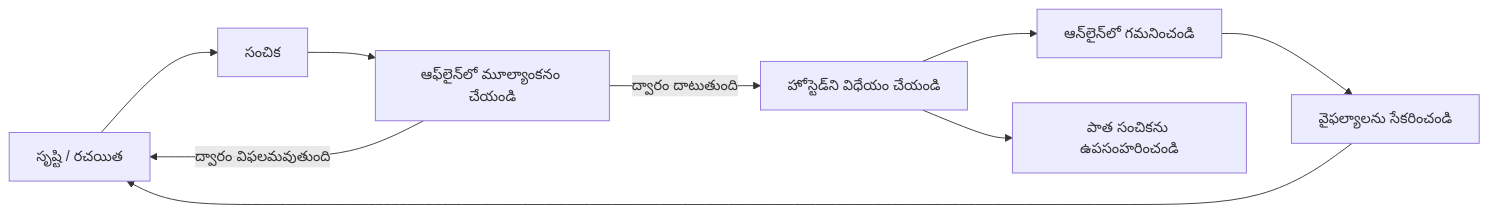
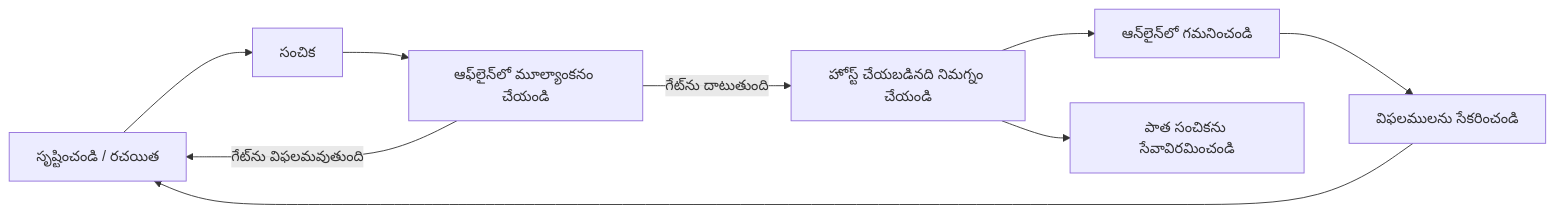
The second of 4 diagrams in mirrors/repos/microsoft@ai-agents-for-beginners/translations/te/16-deploying-scalable-agents/README.md (gabrielmoreira/agent-skills-mirror), drawn with Mermaid before and after one commit. The commit also changed other lines of this file and 4262 other files, not shown here.

````diff
--- a/mirrors/repos/microsoft@ai-agents-for-beginners/translations/te/16-deploying-scalable-agents/README.md
+++ b/mirrors/repos/microsoft@ai-agents-for-beginners/translations/te/16-deploying-scalable-agents/README.md
@@ -108,11 +108,11 @@
 ```mermaid
 flowchart LR
-    Create[సృష్టి / రచయిత] --> Version[సంచిక]
+    Create[సృష్టించండి / రచయిత] --> Version[సంచిక]
     Version --> Evaluate[ఆఫ్‌లైన్‌లో మూల్యాంకనం చేయండి]
-    Evaluate -->|ద్వారం దాటుతుంది| Deploy[హోస్టెడ్‌ని విధేయం చేయండి]
-    Evaluate -->|ద్వారం విఫలమవుతుంది| Create
+    Evaluate -->|గేట్‌ను దాటుతుంది| Deploy[హోస్ట్ చేయబడినది నిమగ్నం చేయండి]
+    Evaluate -->|గేట్‌ను విఫలమవుతుంది| Create
     Deploy --> Observe[ఆన్‌లైన్‌లో గమనించండి]
-    Observe --> Improve[వైఫల్యాలను సేకరించండి]
+    Observe --> Improve[విఫలములను సేకరించండి]
     Improve --> Create
-    Deploy --> Retire[పాత సంచికను ఉపసంహరించండి]
+    Deploy --> Retire[పాత సంచికను సేవావిరమించండి]
 ```
````
